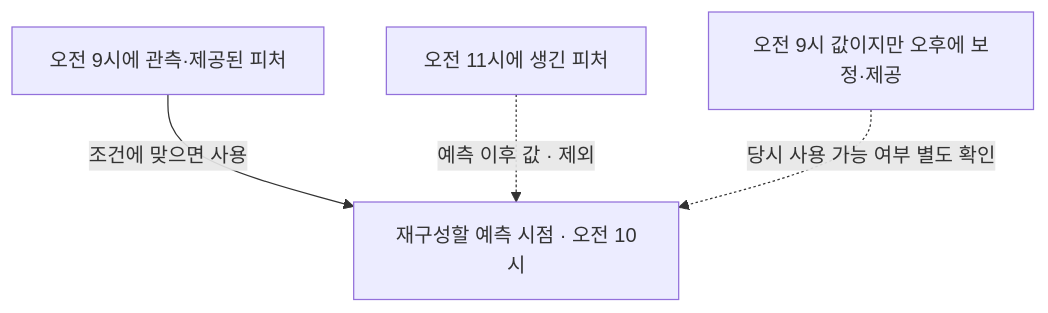
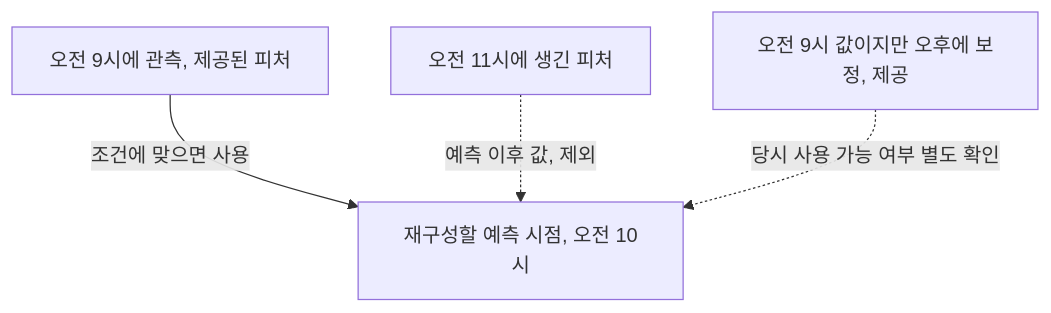
Before and after one commit to johklo/johklo.github.io: the second of 2 diagrams in content/docs/tech/machine-learning-platform-engineering/01-getting-started.md, drawn with Mermaid. The commit also changed other lines of this file and 14 other files, not shown here.

````diff
--- a/content/docs/tech/machine-learning-platform-engineering/01-getting-started.md
+++ b/content/docs/tech/machine-learning-platform-engineering/01-getting-started.md
@@ -126,9 +118,9 @@
 ```mermaid
 flowchart TD
     accTitle: 피처 조회에서 예측 기준 시점을 지켜야 하는 이유
     accDescr: 오전 10시의 예측을 재구성할 때 그 전에 관측되고 사용할 수 있던 값은 후보가 된다. 오전 11시의 값이나 나중에 보정된 값이 들어가면 미래 정보가 섞일 수 있다.
-    T["재구성할 예측 시점 · 오전 10시"]
-    A["오전 9시에 관측·제공된 피처"] -->|"조건에 맞으면 사용"| T
-    B["오전 11시에 생긴 피처"] -.->|"예측 이후 값 · 제외"| T
-    C["오전 9시 값이지만 오후에 보정·제공"] -.->|"당시 사용 가능 여부 별도 확인"| T
+    T["재구성할 예측 시점, 오전 10시"]
+    A["오전 9시에 관측, 제공된 피처"] -->|"조건에 맞으면 사용"| T
+    B["오전 11시에 생긴 피처"] -.->|"예측 이후 값, 제외"| T
+    C["오전 9시 값이지만 오후에 보정, 제공"] -.->|"당시 사용 가능 여부 별도 확인"| T
 ```
````
